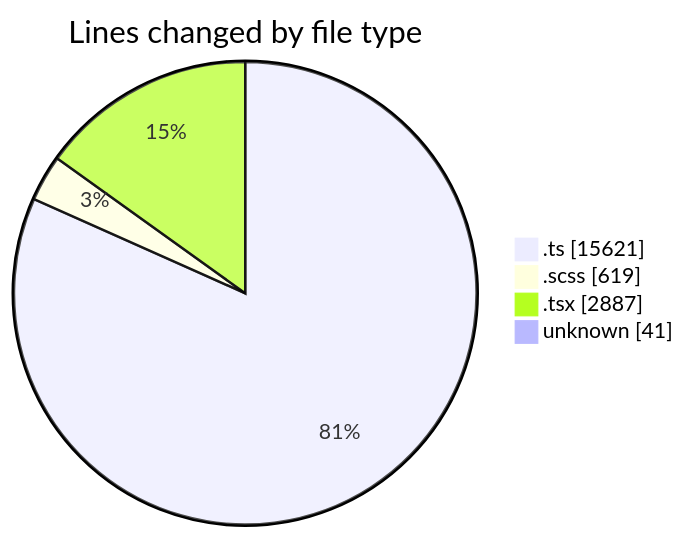
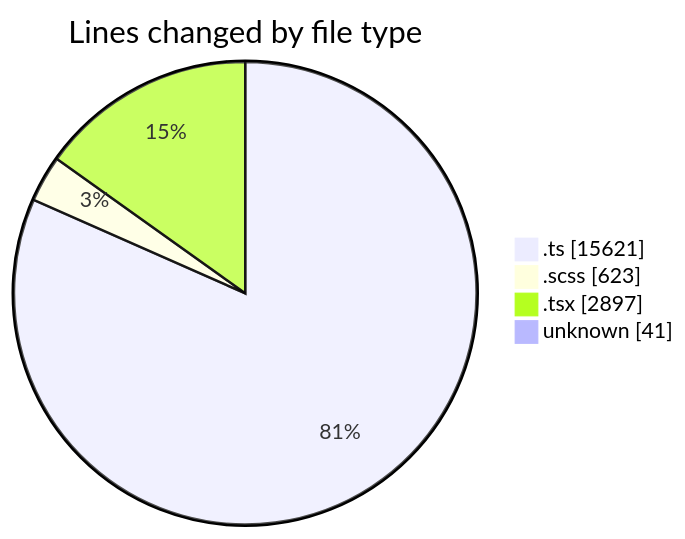
One commit to momahboobian/code-tracking changed the first of 2 diagrams in 2025-08-27/cda/README.md. Above: the diagram before and after it, drawn with Mermaid. The commit also changed other lines of this file and 1 other file, not shown here.

````diff
--- a/2025-08-27/cda/README.md
+++ b/2025-08-27/cda/README.md
@@ -38,8 +38,8 @@
 ```mermaid
 pie showData
 title Lines changed by file type
 ".ts" : 15621
-".scss" : 619
-".tsx" : 2887
+".scss" : 623
+".tsx" : 2897
 "unknown" : 41
 ```
````
